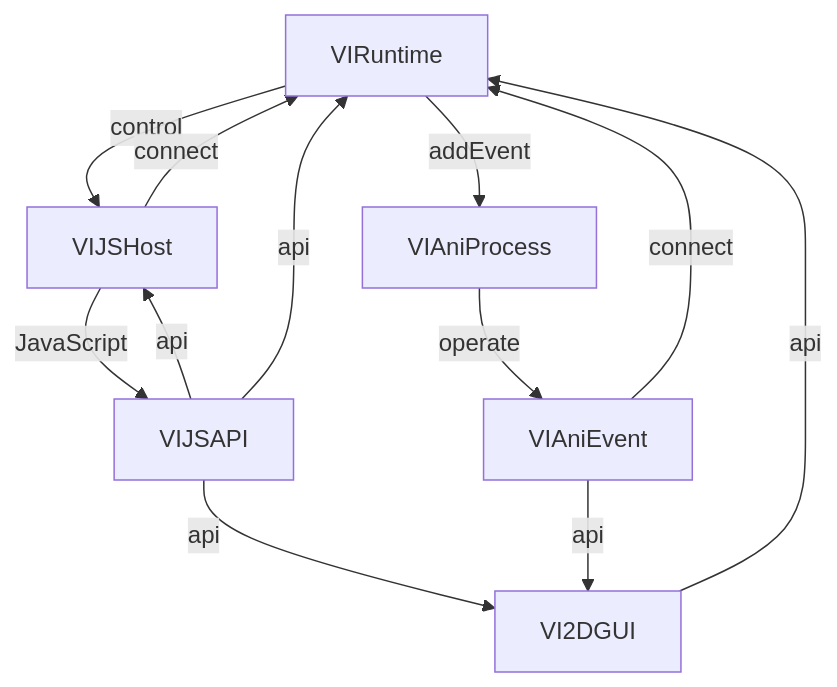
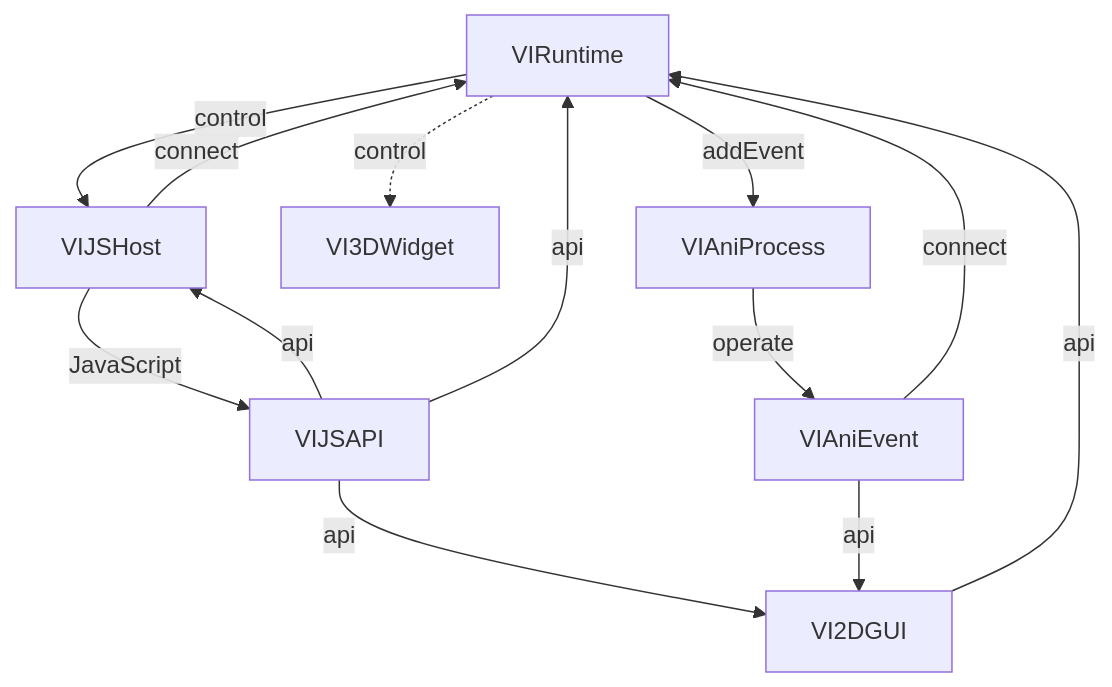
Before and after one commit to WeaveStudio-of-UYXA/Visindigo: the first of 2 diagrams in DesignStruct.md, drawn with Mermaid. The commit also changed other lines of this file, not shown here.

````diff
--- a/DesignStruct.md
+++ b/DesignStruct.md
@@ -3,14 +3,15 @@
 ```mermaid
 graph TB
 VIRuntime -- addEvent --> VIAniProcess
+VIRuntime -. control .-> VI3DWidget
 VIAniProcess -- operate --> VIAniEvent
 VIAniEvent -- connect --> VIRuntime
 VIRuntime -- control --> VIJSHost
 VIJSHost -- connect --> VIRuntime
 VIJSAPI -- api --> VIJSHost
 VIJSAPI -- api --> VIRuntime
 VIJSAPI -- api --> VI2DGUI
 VIJSHost -- JavaScript --> VIJSAPI
 VIAniEvent -- api --> VI2DGUI
 VI2DGUI -- api --> VIRuntime
 ```
````
